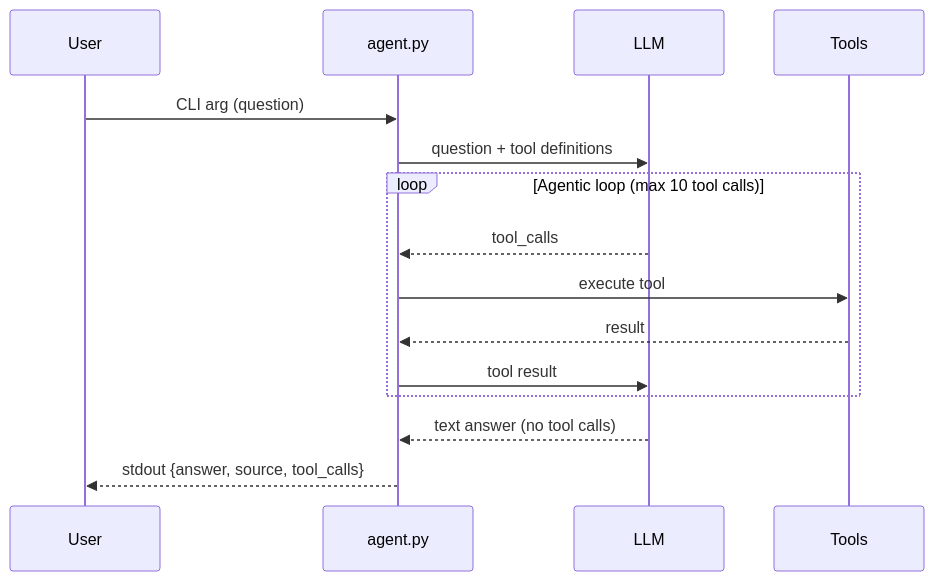
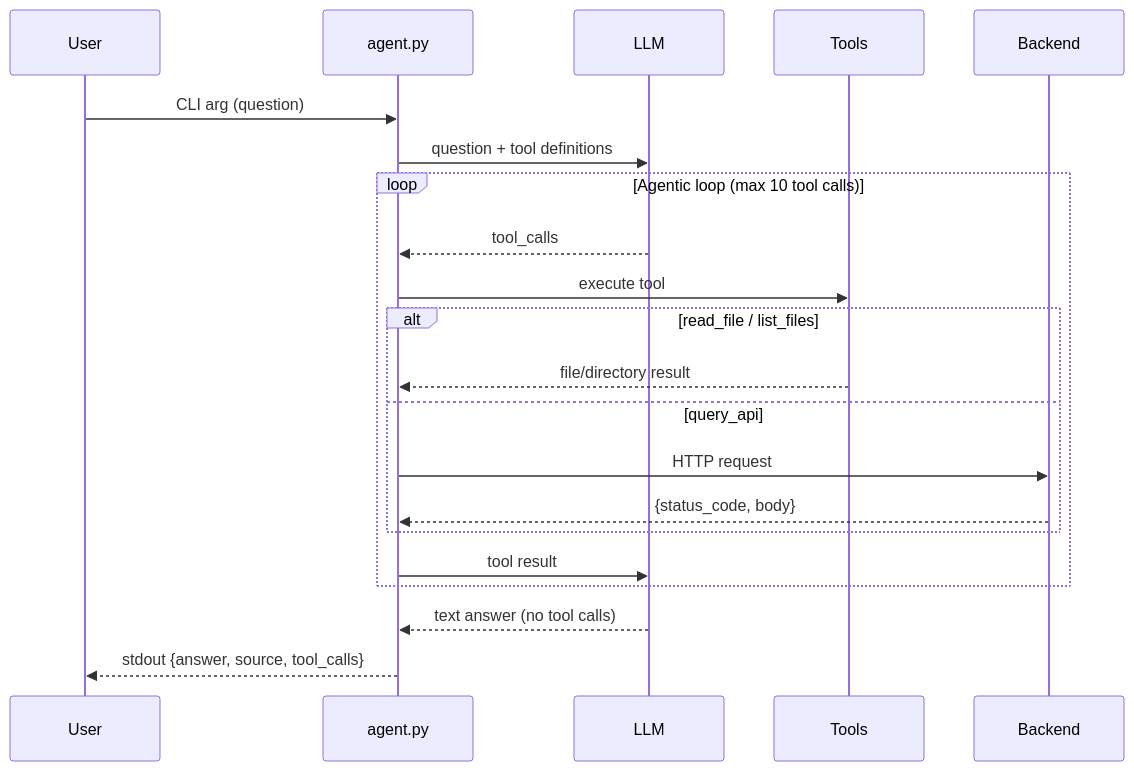
One commit to grishaltuhow20182018-create/se-toolkit-lab-6 changed the diagram in AGENT.md. Above: the diagram before and after it, drawn with Mermaid. The commit also changed other lines of this file and 2 other files, not shown here.

Commit message:
Task 2: The Documentation Agent - add read_file and list_files tools with agentic loop

````diff
--- a/AGENT.md
+++ b/AGENT.md
@@ -7,18 +7,24 @@
 ```mermaid
 sequenceDiagram
     participant User
     participant agent.py
     participant LLM
     participant Tools
+    participant Backend
 
     User->>agent.py: CLI arg (question)
     agent.py->>LLM: question + tool definitions
     loop Agentic loop (max 10 tool calls)
         LLM-->>agent.py: tool_calls
         agent.py->>Tools: execute tool
-        Tools-->>agent.py: result
+        alt read_file / list_files
+            Tools-->>agent.py: file/directory result
+        else query_api
+            agent.py->>Backend: HTTP request
+            Backend-->>agent.py: {status_code, body}
+        end
         agent.py->>LLM: tool result
     end
     LLM-->>agent.py: text answer (no tool calls)
     agent.py-->>User: stdout {answer, source, tool_calls}
 ```
````
